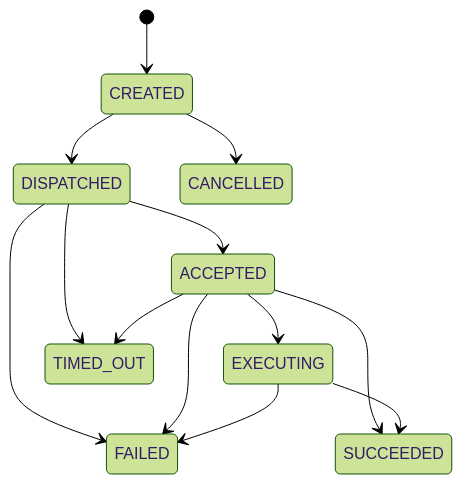
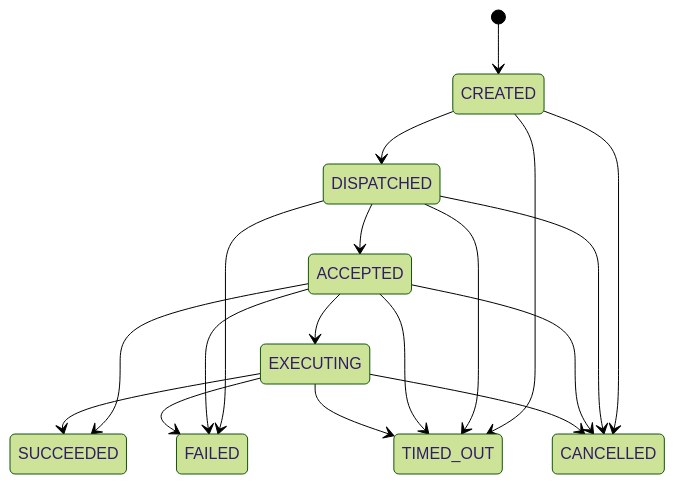
Before and after one commit to bbz525/vpp-platform: the third of 4 diagrams in docs/02-domain-model.md, drawn with Mermaid (forest theme). The commit also changed other lines of this file and 43 other files, not shown here.

Commit message:
feat: complete T10 command execution flow

````diff
--- a/docs/02-domain-model.md
+++ b/docs/02-domain-model.md
@@ -133,15 +137,20 @@
 ```mermaid
 stateDiagram-v2
     [*] --> CREATED
     CREATED --> DISPATCHED
     DISPATCHED --> ACCEPTED
     ACCEPTED --> EXECUTING
     ACCEPTED --> SUCCEEDED
     EXECUTING --> SUCCEEDED
     CREATED --> CANCELLED
+    CREATED --> TIMED_OUT
     DISPATCHED --> TIMED_OUT
     ACCEPTED --> TIMED_OUT
+    EXECUTING --> TIMED_OUT
     DISPATCHED --> FAILED
     ACCEPTED --> FAILED
     EXECUTING --> FAILED
+    DISPATCHED --> CANCELLED
+    ACCEPTED --> CANCELLED
+    EXECUTING --> CANCELLED
 ```
````
